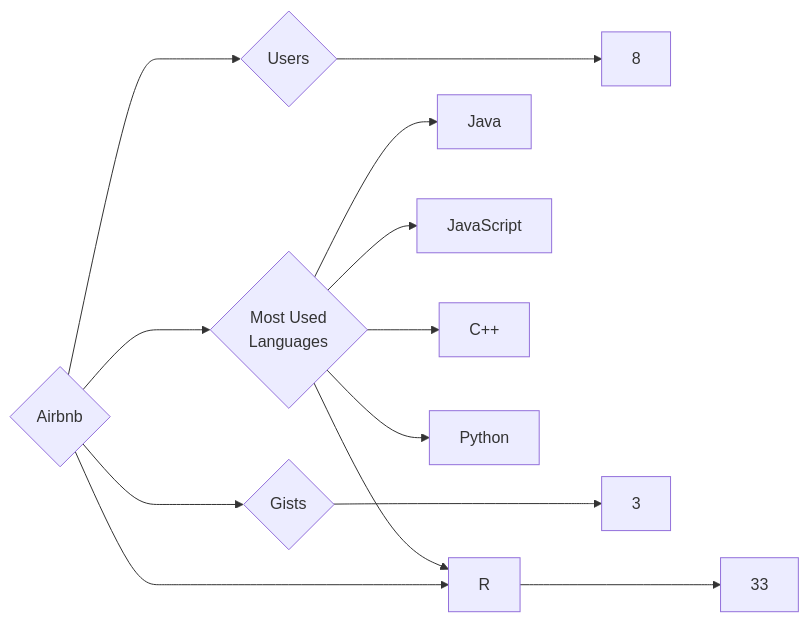
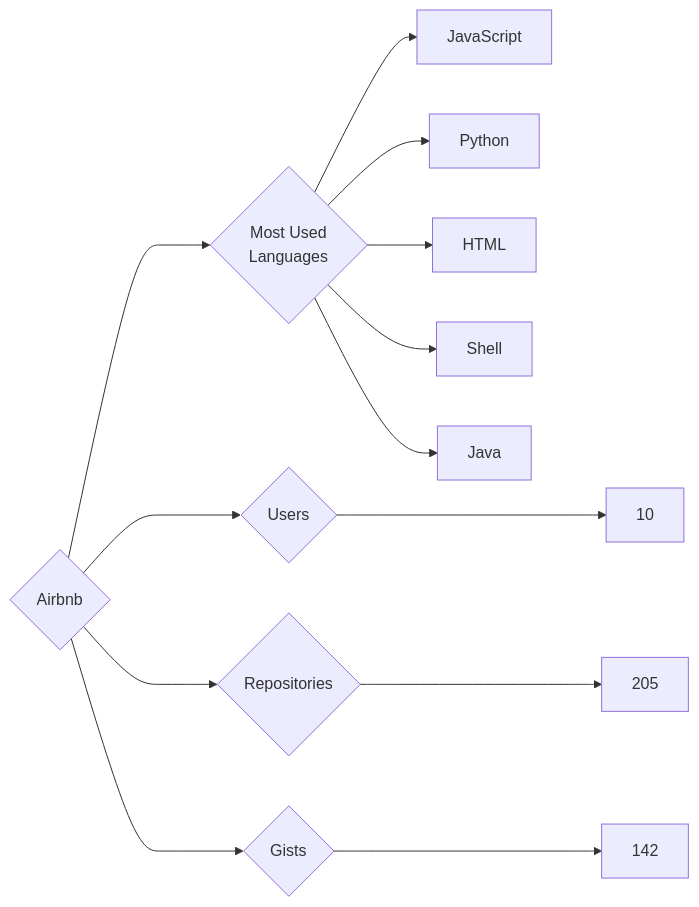
One commit to trickest/insiders changed the diagram in targets/Airbnb/README.md. Above: the diagram before and after it, drawn with Mermaid. The commit also changed 1175 other files, not shown here.

````diff
--- a/targets/Airbnb/README.md
+++ b/targets/Airbnb/README.md
@@ -3,13 +3,13 @@
 ```mermaid
 graph LR
 COMPANY_NAME{Airbnb}
-COMPANY_NAME ---> U{Users} ---> UN[8]
-COMPANY_NAME ---> R{Repositories} ---> RN[33]
-COMPANY_NAME ---> G{Gists} ---> GN[3]
+COMPANY_NAME ---> U{Users} ---> UN[10]
+COMPANY_NAME ---> R{Repositories} ---> RN[205]
+COMPANY_NAME ---> G{Gists} ---> GN[142]
 COMPANY_NAME ---> ML{Most Used<br>Languages}
+ML --> JavaScript[JavaScript]
+ML --> Python[Python]
+ML --> HTML[HTML]
+ML --> Shell[Shell]
 ML --> Java[Java]
-ML --> R[R]
-ML --> JavaScript[JavaScript]
-ML --> C++[C++]
-ML --> Python[Python]
 ```
````
